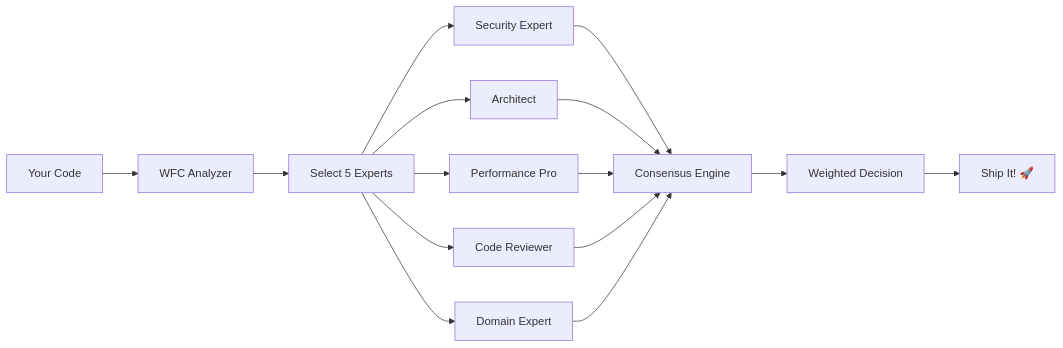
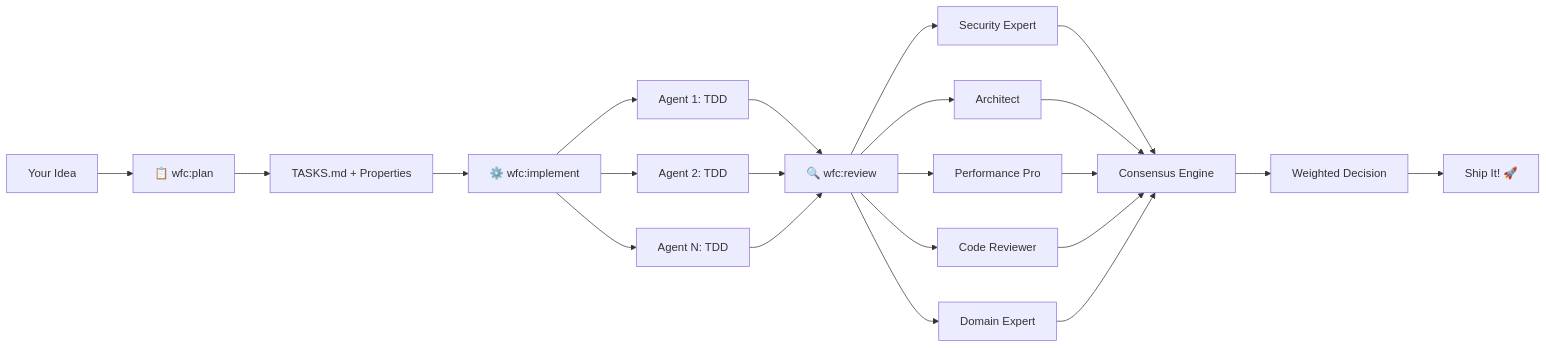
Before and after one commit to sam-fakhreddine/wfc: the first of 2 diagrams in README.md, drawn with Mermaid. The commit also changed other lines of this file and 1 other file, not shown here.

Commit message:
Improve branding: championship belt logo + complete workflow messaging
Logo Improvements:
- Impact font for main "WFC" text (110pt, more impact)
- Better letter-spacing: WFC (5), WORLD CLASS (12), badge (2)
- Improved vertical positioning and text shadow for depth
- Enhanced typography for side plate text

README Messaging:
- Emphasize WFC as complete team workflow (plan → implement → review)
- Fix inaccurate "You push code. Claude reviews it" description
- Highlight parallel TDD agents and structured planning
- Updated diagram to show full workflow, not just review
- Position WFC as "whole team and whole workflow" not single-review tool

````diff
--- a/README.md
+++ b/README.md
@@ -67,17 +77,24 @@
 ```mermaid
 graph LR
-    A[Your Code] --> B[WFC Analyzer]
-    B --> C[Select 5 Experts]
-    C --> D1[Security Expert]
-    C --> D2[Architect]
-    C --> D3[Performance Pro]
-    C --> D4[Code Reviewer]
-    C --> D5[Domain Expert]
-    D1 --> E[Consensus Engine]
-    D2 --> E
-    D3 --> E
-    D4 --> E
-    D5 --> E
-    E --> F[Weighted Decision]
-    F --> G[Ship It! 🚀]
+    A[Your Idea] --> B[📋 wfc:plan]
+    B --> C[TASKS.md + Properties]
+    C --> D[⚙️ wfc:implement]
+    D --> E1[Agent 1: TDD]
+    D --> E2[Agent 2: TDD]
+    D --> E3[Agent N: TDD]
+    E1 --> F[🔍 wfc:review]
+    E2 --> F
+    E3 --> F
+    F --> G1[Security Expert]
+    F --> G2[Architect]
+    F --> G3[Performance Pro]
+    F --> G4[Code Reviewer]
+    F --> G5[Domain Expert]
+    G1 --> H[Consensus Engine]
+    G2 --> H
+    G3 --> H
+    G4 --> H
+    G5 --> H
+    H --> I[Weighted Decision]
+    I --> J[Ship It! 🚀]
 ```
````
